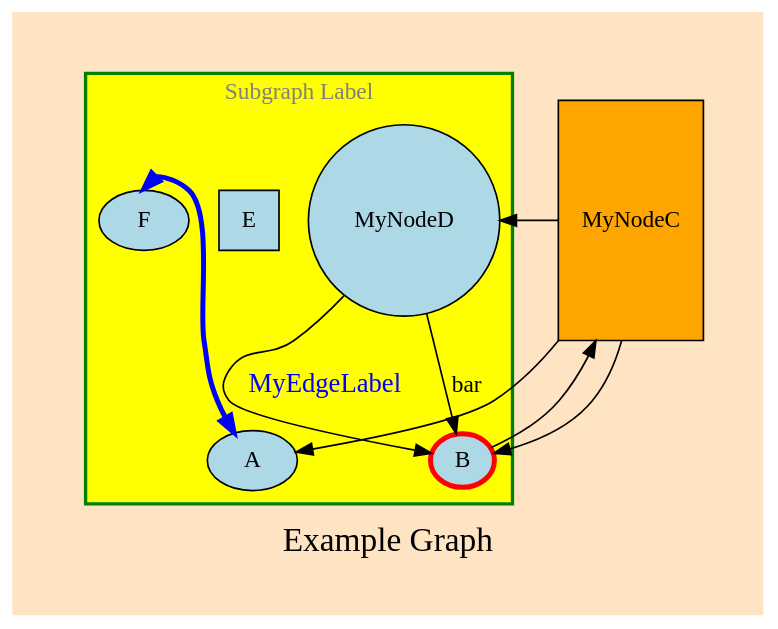
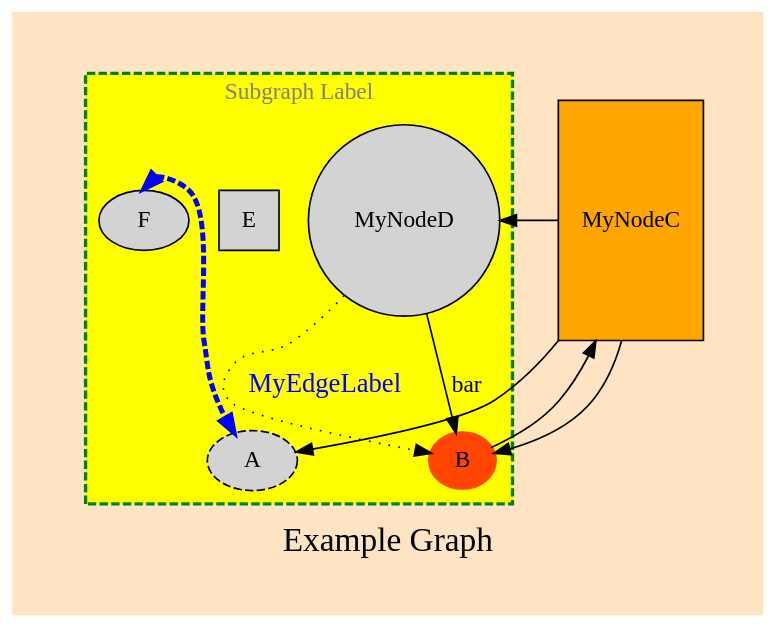
The diagram in UnitTests/TestExamples/example.dot (jjermann/sharpgraph), drawn with Graphviz before and after one commit. The commit also changed 9 other files, not shown here.

Commit message:
support dashed and dotted stroke styles, minor improvements

```diff
--- a/UnitTests/TestExamples/example.dot
+++ b/UnitTests/TestExamples/example.dot
@@ -1,25 +1,25 @@
 digraph {
   bgcolor="bisque"
   pad="0.5,0.4"
   label="Example Graph"
   fontsize=20
-  node [style=filled, fillcolor="lightblue"]
-  A
+  node [style=filled]
+  A [style="dashed,filled"]
   B->C->{
     A; D; {
-	  A; B [width=0.3, height=0.3, penwidth=3, color=red]
+	  A; B [width=0.3, height=0.3, penwidth=3, color=orangered]
 	}
   }
   C [label="MyNodeC", shape="rect", fillcolor=orange, width=1, height=2]
-  D->B [label="MyEdgeLabel", fontcolor="blue", fontsize=16]
+  D->B [label="MyEdgeLabel", fontcolor="blue", fontsize=16, style=dotted]
   D [label="MyNodeD", shape="circle"];
   subgraph cluster0 {
-    graph [bgcolor="yellow", pencolor="green", penwidth=2]
+    graph [bgcolor="yellow", pencolor="green", penwidth=2, style=dashed]
 	label="Subgraph Label"
 	fontsize=14
 	fontcolor=gray
     E [shape="square"]
-	F:n->A [penwidth=3, color="blue", dir=both]
+	F:n->A [penwidth=3, color="blue", dir=both, style=dashed]
 	D->B [label="bar"]
   }
 }
```
